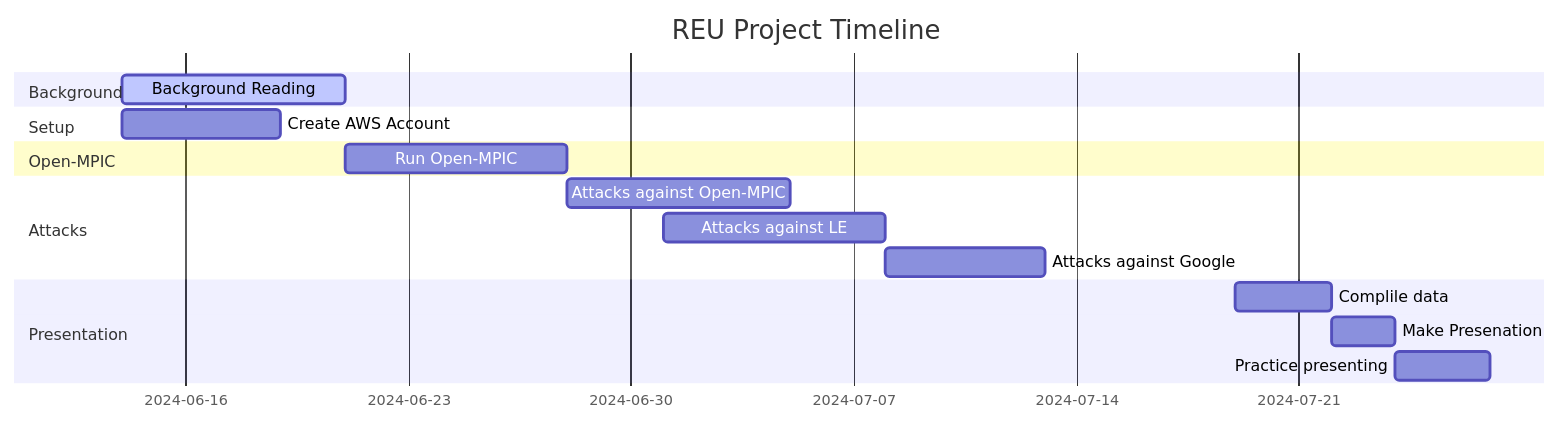
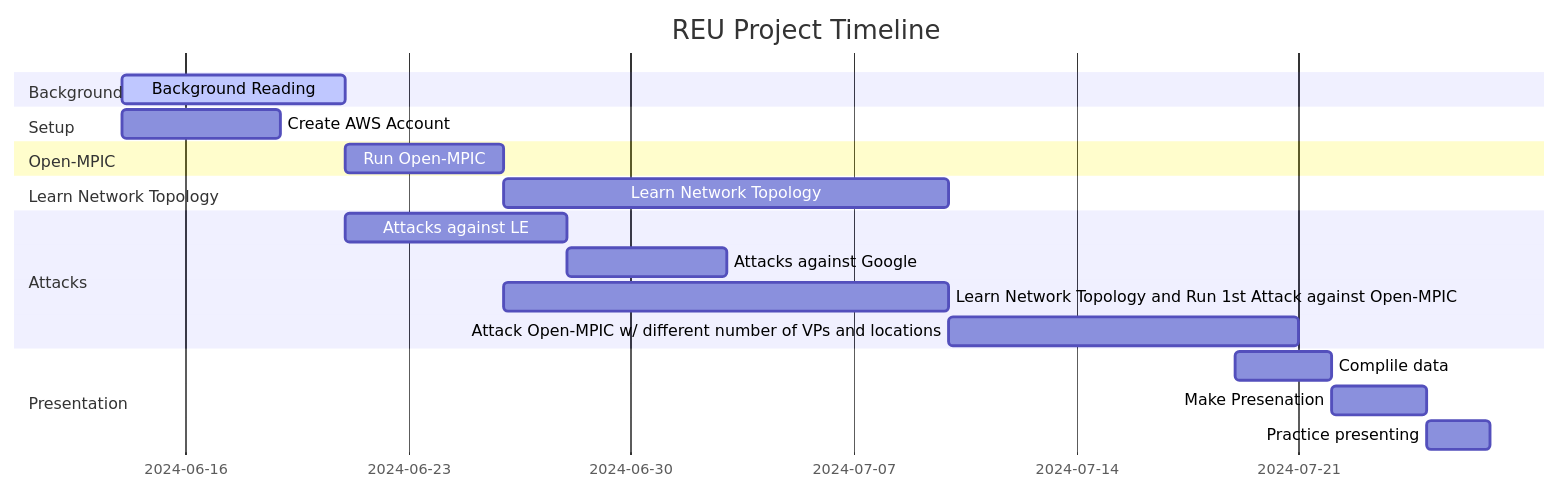
Before and after one commit to christine-guoo/Princeton-Intel-REU-: the diagram in README.md, drawn with Mermaid.

````diff
--- a/README.md
+++ b/README.md
@@ -2,19 +2,22 @@
 ```mermaid
 gantt
 dateFormat  YYYY-MM-DD
 title REU Project Timeline
 section Background
     Background Reading: active, rev1, 2024-06-14, 1w
 section Setup
     Create AWS Account: aws-setup, 2024-06-14, 5d
 section Open-MPIC
-    Run Open-MPIC: open-mpic, 2024-06-21, 1w
+    Run Open-MPIC: open-mpic, 2024-06-21, 5d
+section Learn Network Topology
+    Learn Network Topology: topology, 2024-06-26, 2w
 section Attacks
-    Attacks against Open-MPIC: after open-mpic, 1w
-    Attacks against LE: le-attacks, 2024-07-01, 1w
+    Attacks against LE: le-attacks, 2024-06-21, 1w
     Attacks against Google: after le-attacks, 5d
+    Learn Network Topology and Run 1st Attack against Open-MPIC: 2024-06-26, 2w
+    Attack Open-MPIC w/ different number of VPs and locations: 2024-07-10, 1.5w
 section Presentation
     Complile data: data, 2024-07-19, 3d
-    Make Presenation: slides, after data, 2d
-    Practice presenting: after slides, 3d
+    Make Presenation: slides, after data, 3d
+    Practice presenting: after slides, 2d
 ```
````
